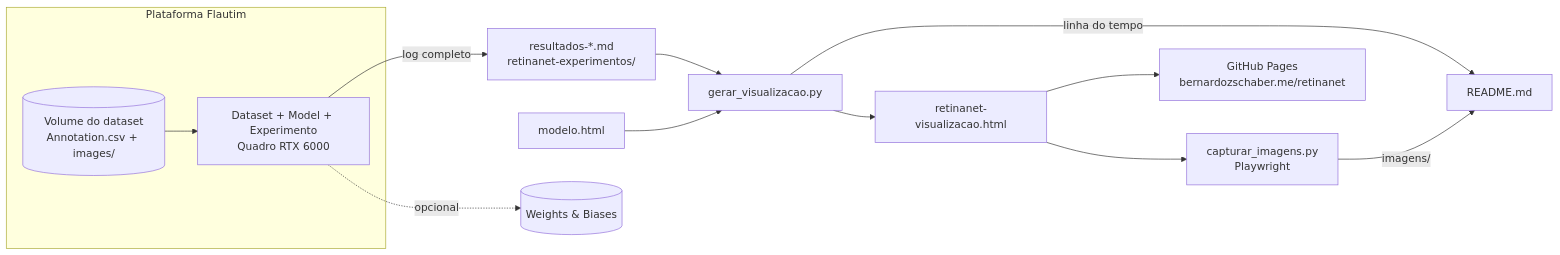
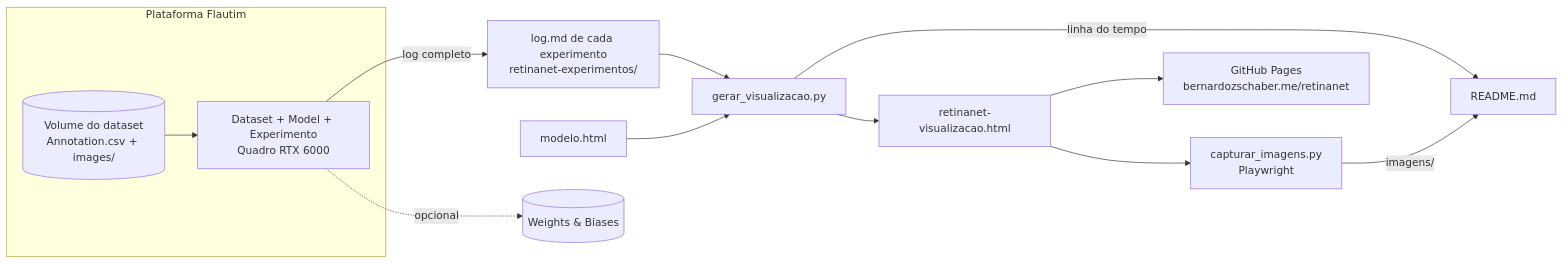
Before and after one commit to bernardozschaber/retinanet: the third of 3 diagrams in README.md, drawn with Mermaid. The commit also changed other lines of this file, not shown here.

Commit message:
docs(retinanet): reference hiperparametros.md and log.md in the README

````diff
--- a/README.md
+++ b/README.md
@@ -210,15 +210,15 @@
 ```mermaid
 flowchart LR
     subgraph Flautim[Plataforma Flautim]
         Vol[(Volume do dataset<br/>Annotation.csv + images/)] --> Treino[Dataset + Model + Experimento<br/>Quadro RTX 6000]
     end
-    Treino -->|log completo| Logs[resultados-*.md<br/>retinanet-experimentos/]
+    Treino -->|log completo| Logs[log.md de cada experimento<br/>retinanet-experimentos/]
     Logs --> Gerador[gerar_visualizacao.py]
     Modelo[modelo.html] --> Gerador
     Gerador --> Painel[retinanet-visualizacao.html]
     Gerador -->|linha do tempo| Readme[README.md]
     Painel --> Captura[capturar_imagens.py<br/>Playwright]
     Captura -->|imagens/| Readme
     Painel --> Pages[GitHub Pages<br/>bernardozschaber.me/retinanet]
     Treino -. opcional .-> WandB[(Weights & Biases)]
 ```
````
